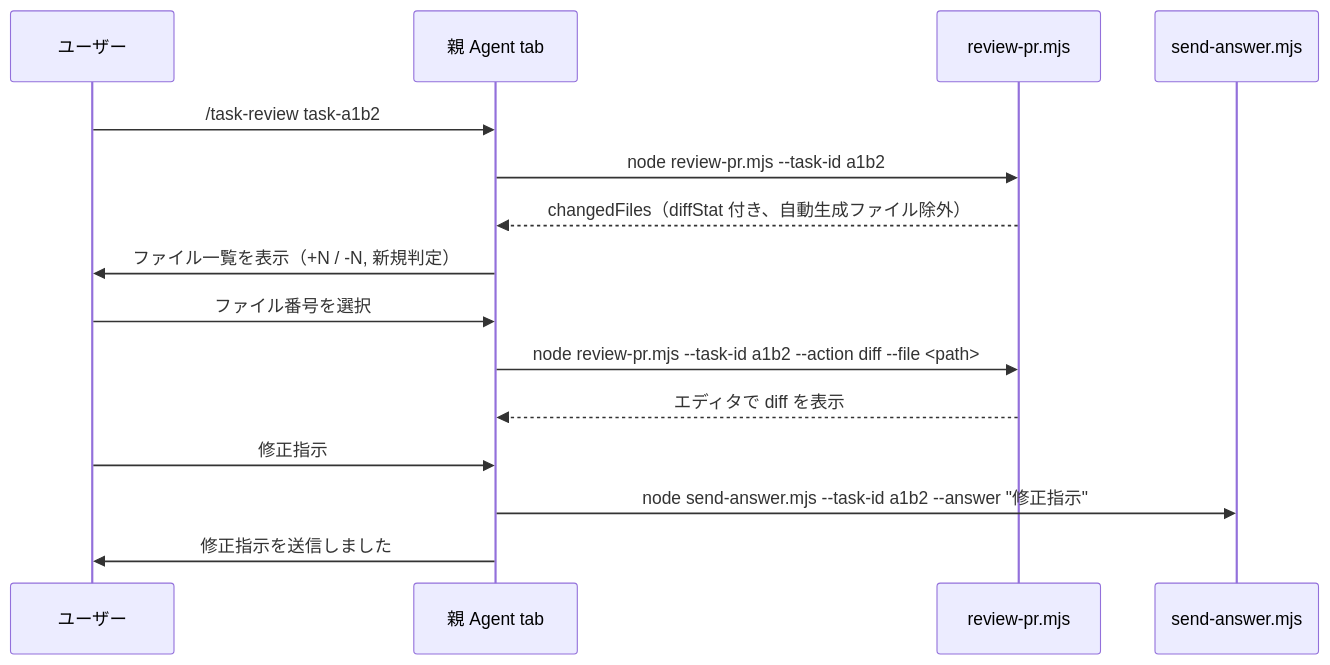
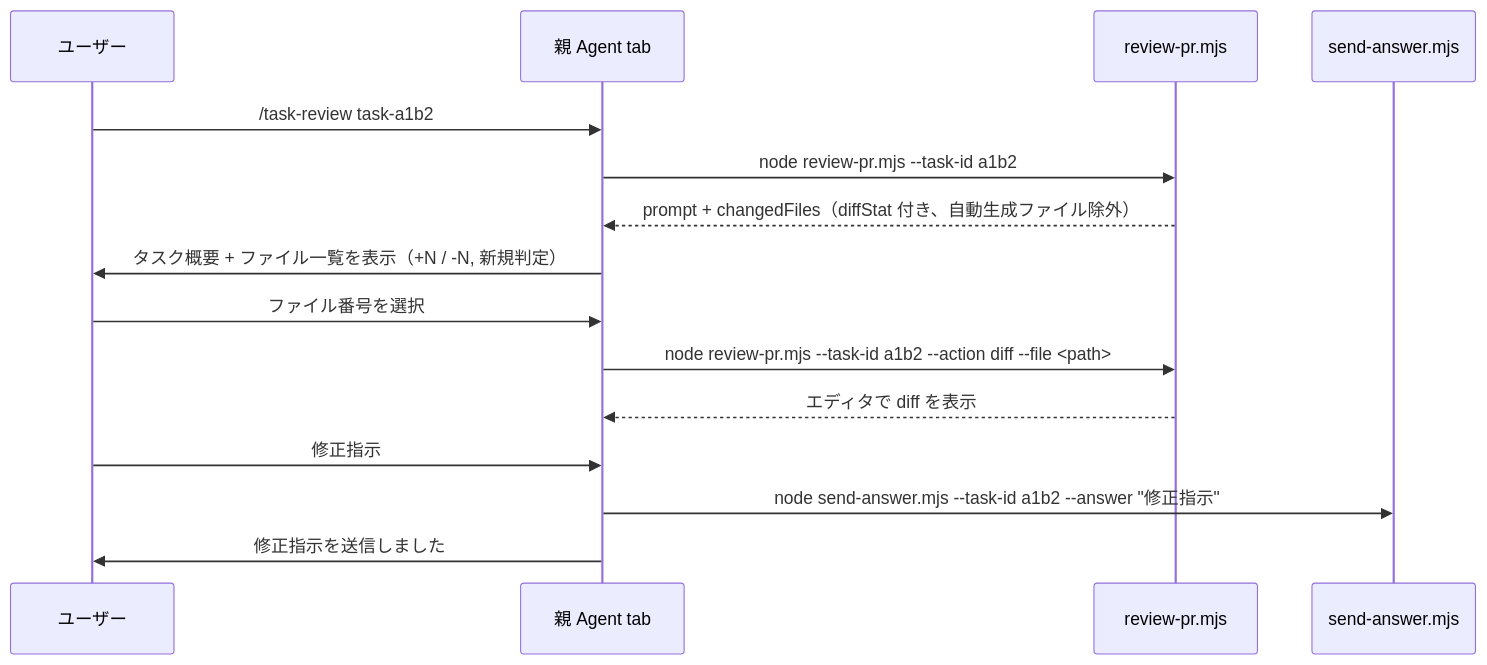
One commit to retocrooman/cursor-power changed the ninth of 12 diagrams in DESIGN.md. Above: the diagram before and after it, drawn with Mermaid. The commit also changed other lines of this file and 3 other files, not shown here.

````diff
--- a/DESIGN.md
+++ b/DESIGN.md
@@ -388,18 +388,18 @@
 ```mermaid
 sequenceDiagram
   participant U as ユーザー
   participant P as 親 Agent tab
   participant S as review-pr.mjs
   participant A as send-answer.mjs
 
   U->>P: /task-review task-a1b2
   P->>S: node review-pr.mjs --task-id a1b2
-  S-->>P: changedFiles（diffStat 付き、自動生成ファイル除外）
-  P->>U: ファイル一覧を表示（+N / -N, 新規判定）
+  S-->>P: prompt + changedFiles（diffStat 付き、自動生成ファイル除外）
+  P->>U: タスク概要 + ファイル一覧を表示（+N / -N, 新規判定）
   U->>P: ファイル番号を選択
   P->>S: node review-pr.mjs --task-id a1b2 --action diff --file <path>
   S-->>P: エディタで diff を表示
   U->>P: 修正指示
   P->>A: node send-answer.mjs --task-id a1b2 --answer "修正指示"
   P->>U: 修正指示を送信しました
 ```
````
